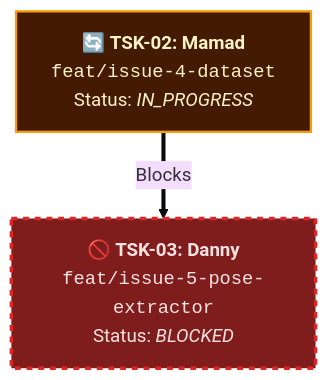
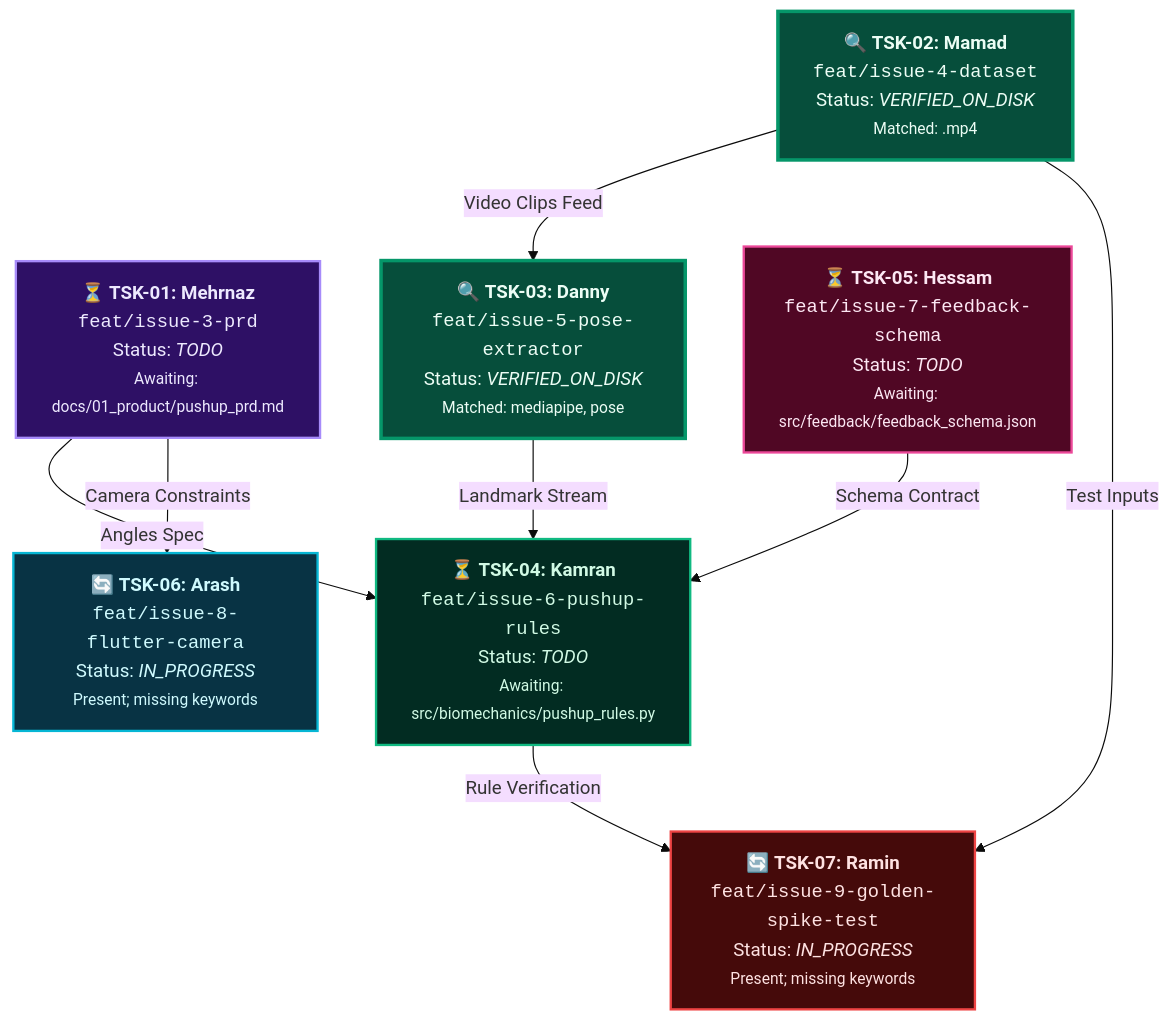
One commit to Calis-project/Calis-app changed the diagram in docs/07_architecture/workflow_map.md. Above: the diagram before and after it, drawn with Mermaid (base theme). The commit also changed other lines of this file and 2 other files, not shown here.

Commit message:
internal: add disk-inspecting workflow agent and sprint 01 spec

````diff
--- a/docs/07_architecture/workflow_map.md
+++ b/docs/07_architecture/workflow_map.md
@@ -5,23 +5,40 @@
 ```mermaid
 graph TD
     %% Global Node Styles
     classDef style_Mehrnaz fill:#2E1065,stroke:#A78BFA,stroke-width:2px,color:#EDE9FE;
     classDef style_Mamad fill:#451A03,stroke:#F59E0B,stroke-width:2px,color:#FEF3C7;
     classDef style_Danny fill:#172554,stroke:#3B82F6,stroke-width:2px,color:#DBEAFE;
     classDef style_Kamran fill:#022C22,stroke:#10B981,stroke-width:2px,color:#D1FAE5;
     classDef style_Hessam fill:#500724,stroke:#EC4899,stroke-width:2px,color:#FCE7F3;
     classDef style_Arash fill:#083344,stroke:#06B6D4,stroke-width:2px,color:#CFFAFE;
     classDef style_Ramin fill:#450A0A,stroke:#EF4444,stroke-width:2px,color:#FEE2E2;
     classDef blockedNode fill:#7F1D1D,stroke:#DC2626,stroke-width:3px,color:#FEE2E2,stroke-dasharray: 5 5;
+    classDef verifiedNode fill:#064E3B,stroke:#059669,stroke-width:3px,color:#ECFDF5;
 
-    %% Tasks & Active Branches
-    TSK_02["🔄 <b>TSK-02: Mamad</b><br/><code>feat/issue-4-dataset</code><br/>Status: <i>IN_PROGRESS</i>"]
-    TSK_03["🚫 <b>TSK-03: Danny</b><br/><code>feat/issue-5-pose-extractor</code><br/>Status: <i>BLOCKED</i>"]
+    %% Automated Task States
+    TSK_01["⏳ <b>TSK-01: Mehrnaz</b><br/><code>feat/issue-3-prd</code><br/>Status: <i>TODO</i><br/><small>Awaiting: docs/01_product/pushup_prd.md</small>"]
+    TSK_02["🔍 <b>TSK-02: Mamad</b><br/><code>feat/issue-4-dataset</code><br/>Status: <i>VERIFIED_ON_DISK</i><br/><small>Matched: .mp4</small>"]
+    TSK_03["🔍 <b>TSK-03: Danny</b><br/><code>feat/issue-5-pose-extractor</code><br/>Status: <i>VERIFIED_ON_DISK</i><br/><small>Matched: mediapipe, pose</small>"]
+    TSK_04["⏳ <b>TSK-04: Kamran</b><br/><code>feat/issue-6-pushup-rules</code><br/>Status: <i>TODO</i><br/><small>Awaiting: src/biomechanics/pushup_rules.py</small>"]
+    TSK_05["⏳ <b>TSK-05: Hessam</b><br/><code>feat/issue-7-feedback-schema</code><br/>Status: <i>TODO</i><br/><small>Awaiting: src/feedback/feedback_schema.json</small>"]
+    TSK_06["🔄 <b>TSK-06: Arash</b><br/><code>feat/issue-8-flutter-camera</code><br/>Status: <i>IN_PROGRESS</i><br/><small>Present; missing keywords</small>"]
+    TSK_07["🔄 <b>TSK-07: Ramin</b><br/><code>feat/issue-9-golden-spike-test</code><br/>Status: <i>IN_PROGRESS</i><br/><small>Present; missing keywords</small>"]
 
-    %% Task Dependencies
-    TSK_02 ==>|Blocks| TSK_03
+    %% Pipeline Sequence & Dependencies
+    TSK_01 -->|Angles Spec| TSK_04
+    TSK_01 -->|Camera Constraints| TSK_06
+    TSK_02 -->|Video Clips Feed| TSK_03
+    TSK_03 -->|Landmark Stream| TSK_04
+    TSK_05 -->|Schema Contract| TSK_04
+    TSK_04 -->|Rule Verification| TSK_07
+    TSK_02 -->|Test Inputs| TSK_07
 
-    %% Apply Member Colors
-    class TSK_02 style_Mamad;
-    class TSK_03 blockedNode;
+    %% Styling Assignments
+    class TSK_01 style_Mehrnaz;
+    class TSK_02 verifiedNode;
+    class TSK_03 verifiedNode;
+    class TSK_04 style_Kamran;
+    class TSK_05 style_Hessam;
+    class TSK_06 style_Arash;
+    class TSK_07 style_Ramin;
 ```
````
